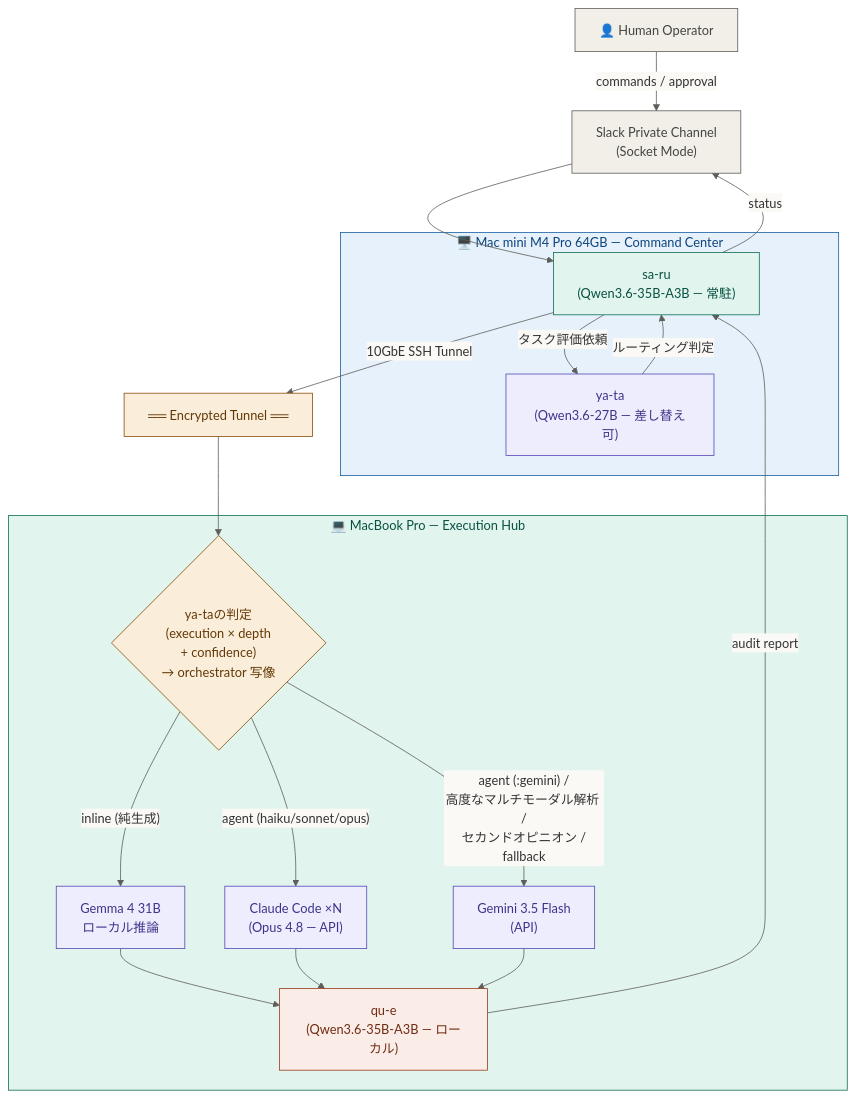
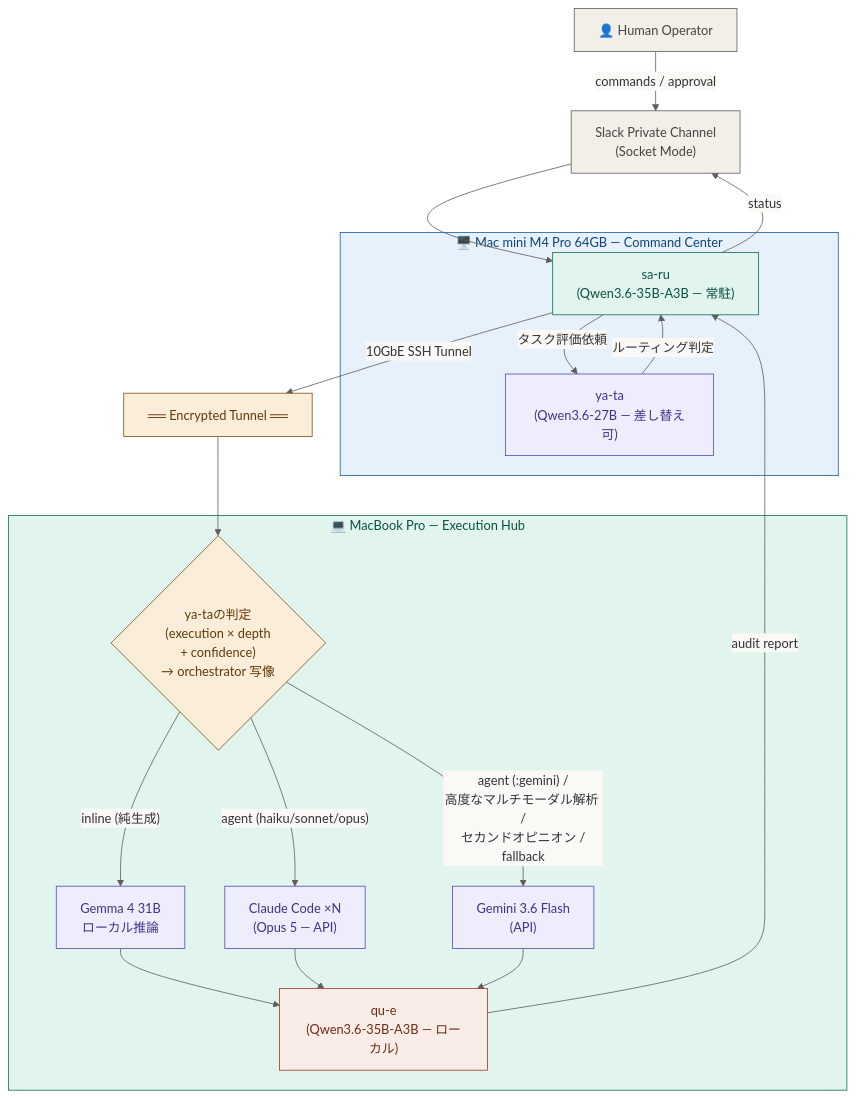
One commit to denkaishitsu/taka-ma changed the first of 4 diagrams in docs/design/design-development-system.md. Above: the diagram before and after it, drawn with Mermaid. The commit also changed other lines of this file and 60 other files, not shown here.

````diff
--- a/docs/design/design-development-system.md
+++ b/docs/design/design-development-system.md
@@ -114,49 +114,49 @@
 ```mermaid
 %%{init: {'theme':'base', 'themeVariables': {'background':'#FAF9F6','lineColor':'#5F5E5A','edgeLabelBackground':'#FAF9F6'}}}%%
 flowchart TD
     HUMAN["👤 Human Operator"]
     HUMAN -->|"commands / approval"| SLACK
 
     SLACK["Slack Private Channel\n(Socket Mode)"]
     SLACK --> OC
 
     subgraph MINI["🖥️ Mac mini M4 Pro 64GB — Command Center"]
         OC["sa-ru\n(Qwen3.6-35B-A3B — 常駐)"]
         OC -->|"タスク評価依頼"| GW
         GW["ya-ta\n(Qwen3.6-27B — 差し替え可)"]
         GW -->|"ルーティング判定"| OC
     end
 
     OC -->|"10GbE SSH Tunnel"| TUNNEL["══ Encrypted Tunnel ══"]
 
     TUNNEL --> ROUTER
 
     subgraph MBP["💻 MacBook Pro — Execution Hub"]
         ROUTER{"ya-taの判定\n(execution × depth\n+ confidence)\n→ orchestrator 写像"}
         ROUTER -->|"inline (純生成)"| LLAMA["Gemma 4 31B<br>ローカル推論"]
-        ROUTER -->|"agent (haiku/sonnet/opus)"| CC["Claude Code ×N<br>(Opus 4.8 — API)"]
-        ROUTER -->|"agent (:gemini) /<br>高度なマルチモーダル解析 /<br>セカンドオピニオン /<br>fallback"| GEMINI["Gemini 3.5 Flash<br>(API)"]
+        ROUTER -->|"agent (haiku/sonnet/opus)"| CC["Claude Code ×N<br>(Opus 5 — API)"]
+        ROUTER -->|"agent (:gemini) /<br>高度なマルチモーダル解析 /<br>セカンドオピニオン /<br>fallback"| GEMINI["Gemini 3.6 Flash<br>(API)"]
 
         LLAMA --> SENT
         CC --> SENT
         GEMINI --> SENT
 
         SENT["qu-e<br>(Qwen3.6-35B-A3B — ローカル)"]
     end
 
     SENT -->|"audit report"| OC
     OC -->|"status"| SLACK
 
     style HUMAN fill:#F1EFE8,stroke:#5F5E5A,color:#444441
     style SLACK fill:#F1EFE8,stroke:#5F5E5A,color:#444441
     style MINI fill:#E6F1FB,stroke:#185FA5,color:#0C447C
     style OC fill:#E1F5EE,stroke:#0F6E56,color:#085041
     style GW fill:#EEEDFE,stroke:#534AB7,color:#3C3489
     style TUNNEL fill:#FAEEDA,stroke:#854F0B,color:#633806
     style MBP fill:#E1F5EE,stroke:#0F6E56,color:#085041
     style ROUTER fill:#FAEEDA,stroke:#854F0B,color:#633806
     style LLAMA fill:#EEEDFE,stroke:#534AB7,color:#3C3489
     style CC fill:#EEEDFE,stroke:#534AB7,color:#3C3489
     style GEMINI fill:#EEEDFE,stroke:#534AB7,color:#3C3489
     style SENT fill:#FAECE7,stroke:#993C1D,color:#712B13
 ```
````
